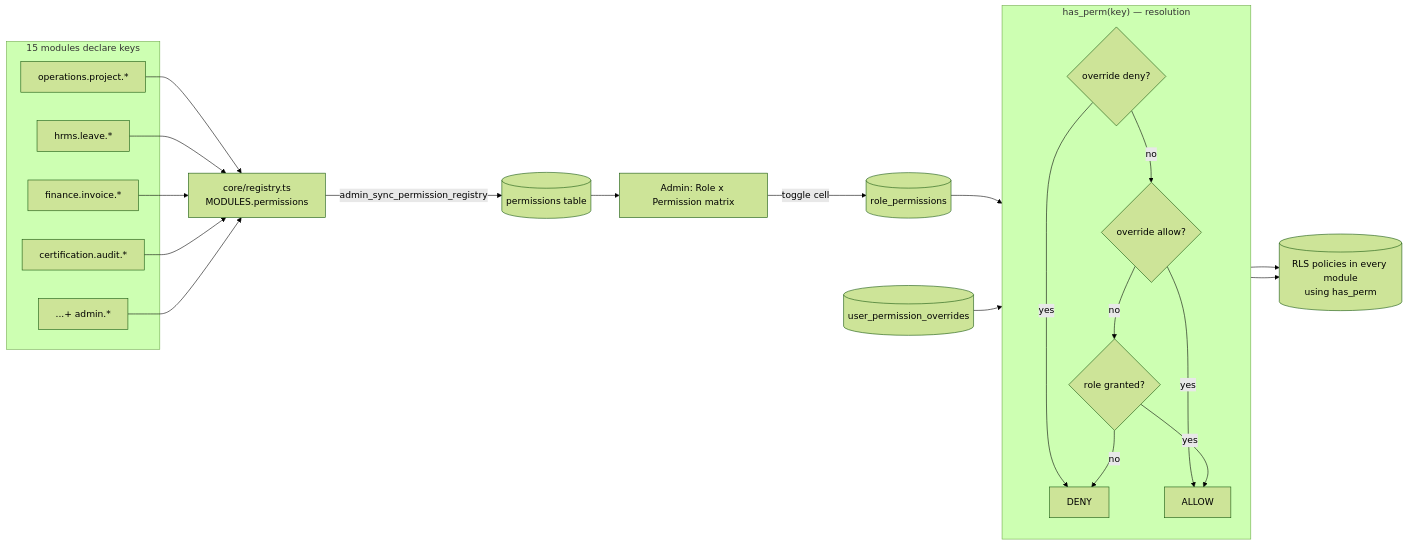
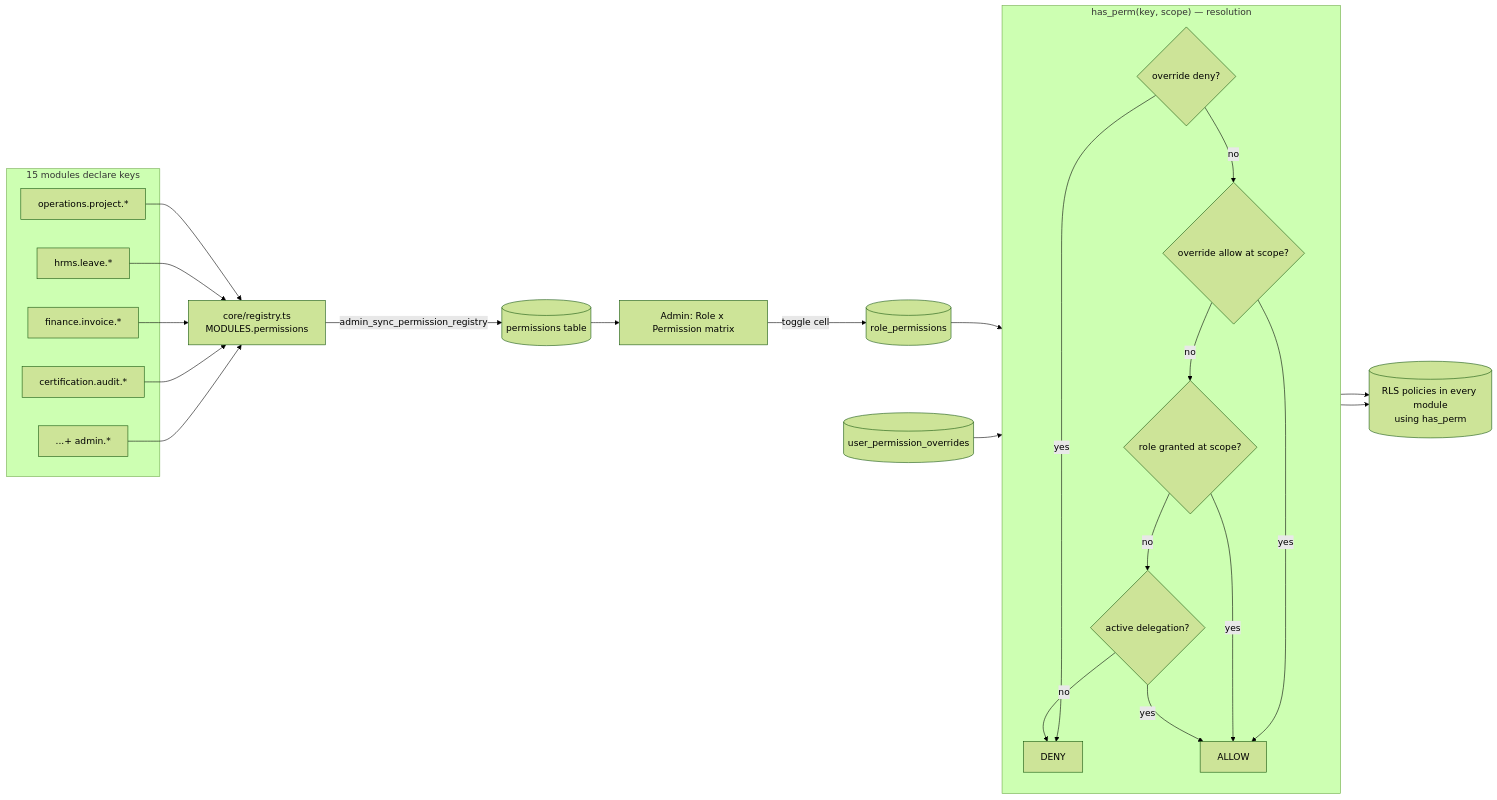
Before and after one commit to taruntps/tps-oms: the fourth of 5 diagrams in docs/architecture/modules/administration.md, drawn with Mermaid (forest theme). The commit also changed other lines of this file and 13 other files, not shown here.

First line of the commit message:
docs(arch): enterprise architecture validation + remediation (blueprint frozen v1.0)

````diff
--- a/docs/architecture/modules/administration.md
+++ b/docs/architecture/modules/administration.md
@@ -421,27 +518,29 @@
 ```mermaid
 flowchart LR
   subgraph Modules["15 modules declare keys"]
     P1[operations.project.*]
     P2[hrms.leave.*]
     P3[finance.invoice.*]
     P4[certification.audit.*]
     Pn[...+ admin.*]
   end
   P1 & P2 & P3 & P4 & Pn --> REG[core/registry.ts\nMODULES.permissions]
   REG -->|admin_sync_permission_registry| PERM[(permissions table)]
   PERM --> MATRIX[Admin: Role x Permission matrix]
   MATRIX -->|toggle cell| RP[(role_permissions)]
   RP --> RESOLVE
   UO[(user_permission_overrides)] --> RESOLVE
-  subgraph RESOLVE["has_perm(key) — resolution"]
+  subgraph RESOLVE["has_perm(key, scope) — resolution"]
     direction TB
     R1{override deny?} -->|yes| DENY[DENY]
-    R1 -->|no| R2{override allow?}
+    R1 -->|no| R2{override allow at scope?}
     R2 -->|yes| ALLOW[ALLOW]
-    R2 -->|no| R3{role granted?}
+    R2 -->|no| R3{role granted at scope?}
     R3 -->|yes| ALLOW
-    R3 -->|no| DENY
+    R3 -->|no| R4{active delegation?}
+    R4 -->|yes| ALLOW
+    R4 -->|no| DENY
   end
   ALLOW --> RLS[(RLS policies in every module\nusing has_perm)]
   DENY --> RLS
 ```
````
